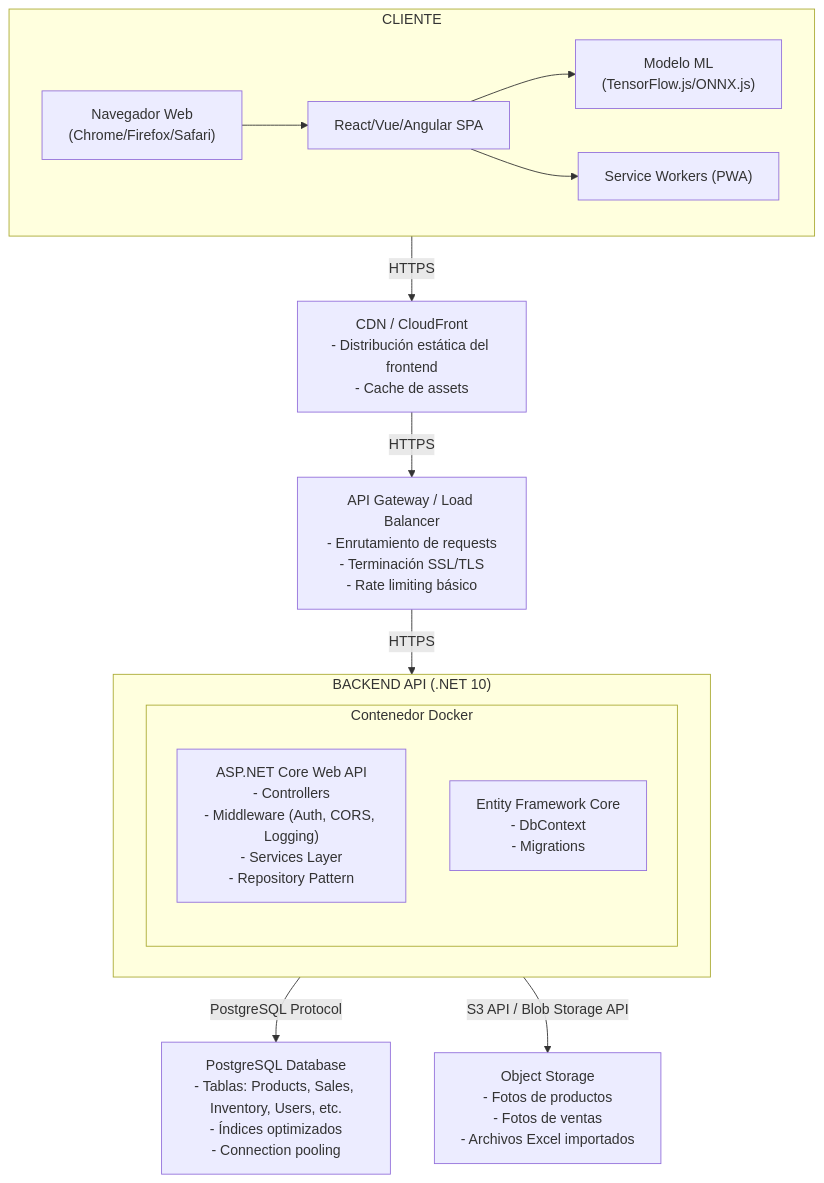
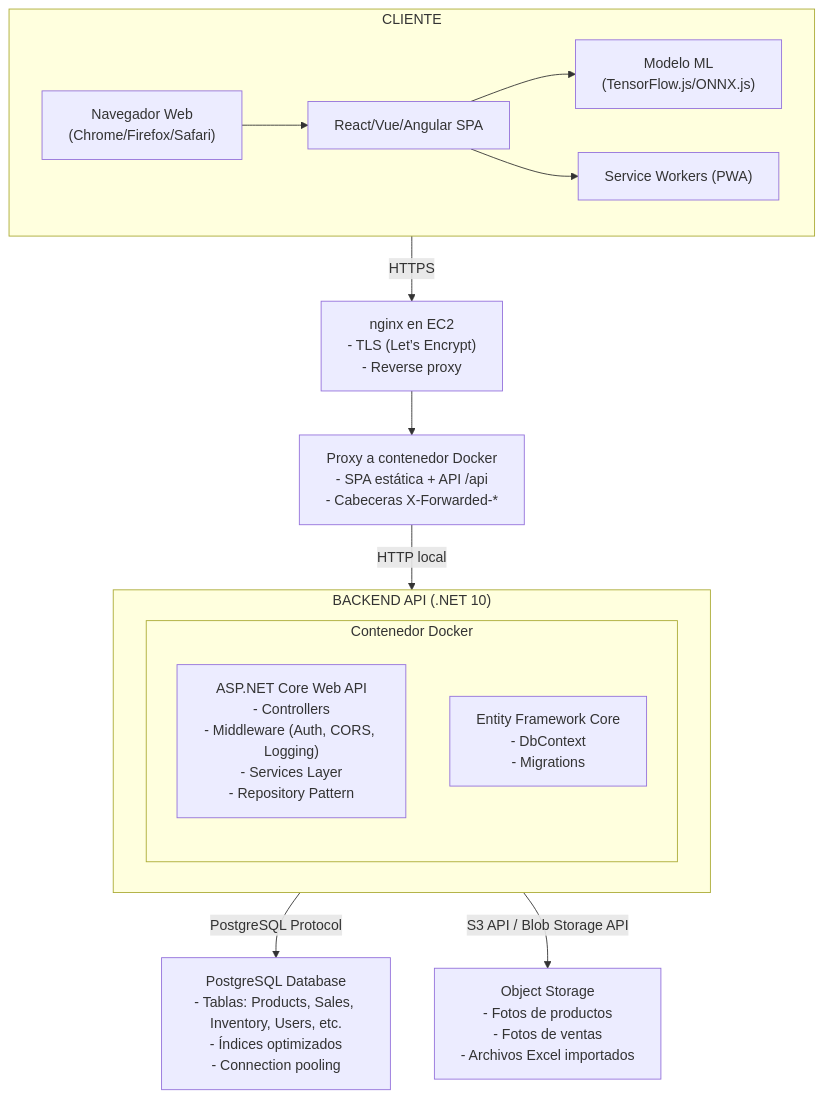
One commit to marcello-clearcust/joiabagur-pv changed the first of 7 diagrams in Documentos/arquitectura.md. Above: the diagram before and after it, drawn with Mermaid. The commit also changed other lines of this file and 19 other files, not shown here.

First line of the commit message:
refactor: update deployment documentation and workflows for AWS EC2 architecture

````diff
--- a/Documentos/arquitectura.md
+++ b/Documentos/arquitectura.md
@@ -41,34 +41,34 @@
 ```mermaid
 flowchart TB
     subgraph Cliente["CLIENTE"]
         Browser["Navegador Web<br/>(Chrome/Firefox/Safari)"]
         SPA["React/Vue/Angular SPA"]
         ML["Modelo ML<br/>(TensorFlow.js/ONNX.js)"]
         PWA["Service Workers (PWA)"]
         
         Browser --> SPA
         SPA --> ML
         SPA --> PWA
     end
     
-    CDN["CDN / CloudFront<br/>- Distribución estática del frontend<br/>- Cache de assets"]
+    NginxTLS["nginx en EC2<br/>- TLS (Let’s Encrypt)<br/>- Reverse proxy"]
     
-    Gateway["API Gateway / Load Balancer<br/>- Enrutamiento de requests<br/>- Terminación SSL/TLS<br/>- Rate limiting básico"]
+    Gateway["Proxy a contenedor Docker<br/>- SPA estática + API /api<br/>- Cabeceras X-Forwarded-*"]
     
     subgraph Backend["BACKEND API (.NET 10)"]
         subgraph Container["Contenedor Docker"]
             API["ASP.NET Core Web API<br/>- Controllers<br/>- Middleware (Auth, CORS, Logging)<br/>- Services Layer<br/>- Repository Pattern"]
             EF["Entity Framework Core<br/>- DbContext<br/>- Migrations"]
         end
     end
     
     DB["PostgreSQL Database<br/>- Tablas: Products, Sales, Inventory, Users, etc.<br/>- Índices optimizados<br/>- Connection pooling"]
     
     Storage["Object Storage<br/>- Fotos de productos<br/>- Fotos de ventas<br/>- Archivos Excel importados"]
     
-    Cliente -->|HTTPS| CDN
-    CDN -->|HTTPS| Gateway
-    Gateway -->|HTTPS| Backend
+    Cliente -->|HTTPS| NginxTLS
+    NginxTLS --> Gateway
+    Gateway -->|HTTP local| Backend
     Backend -->|PostgreSQL Protocol| DB
     Backend -->|S3 API / Blob Storage API| Storage
 ```
````
